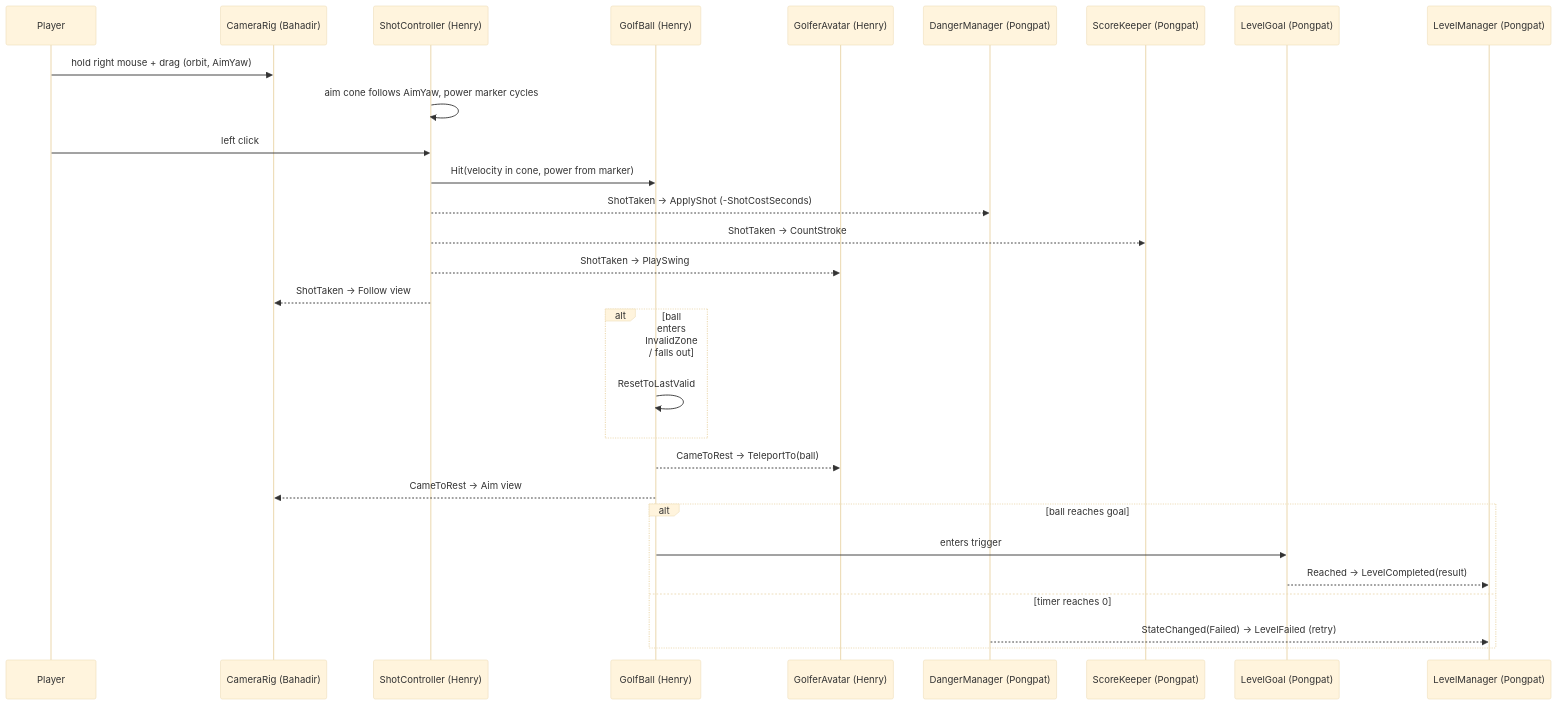
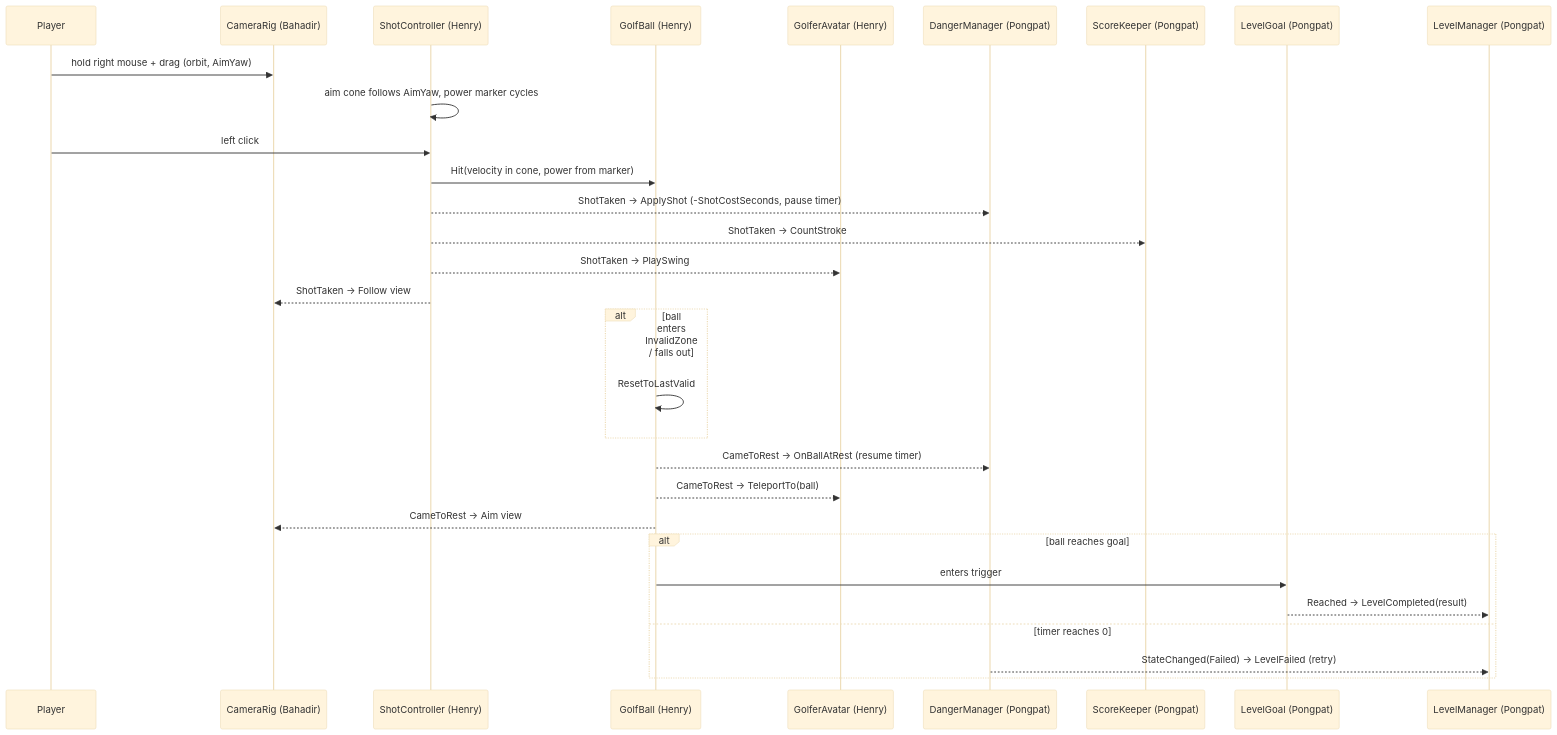
Before and after one commit to hwupu/115A-535652-3DGP-Final: the diagram in docs/architecture.md, drawn with Mermaid (base theme). The commit also changed other lines of this file and 5 other files, not shown here.

Commit message:
docs: onboarding + prompts in README, team workflow in CLAUDE.md; timer pause, Mysterious tool (#6)

````diff
--- a/docs/architecture.md
+++ b/docs/architecture.md
@@ -237,31 +239,32 @@
 ```mermaid
 sequenceDiagram
     participant P as Player
     participant C as CameraRig (Bahadir)
     participant S as ShotController (Henry)
     participant B as GolfBall (Henry)
     participant A as GolferAvatar (Henry)
     participant D as DangerManager (Pongpat)
     participant K as ScoreKeeper (Pongpat)
     participant G as LevelGoal (Pongpat)
     participant L as LevelManager (Pongpat)
     P->>C: hold right mouse + drag (orbit, AimYaw)
     S->>S: aim cone follows AimYaw, power marker cycles
     P->>S: left click
     S->>B: Hit(velocity in cone, power from marker)
-    S-->>D: ShotTaken -> ApplyShot (-ShotCostSeconds)
+    S-->>D: ShotTaken -> ApplyShot (-ShotCostSeconds, pause timer)
     S-->>K: ShotTaken -> CountStroke
     S-->>A: ShotTaken -> PlaySwing
     S-->>C: ShotTaken -> Follow view
     alt ball enters InvalidZone / falls out
         B->>B: ResetToLastValid
     end
+    B-->>D: CameToRest -> OnBallAtRest (resume timer)
     B-->>A: CameToRest -> TeleportTo(ball)
     B-->>C: CameToRest -> Aim view
     alt ball reaches goal
         B->>G: enters trigger
         G-->>L: Reached -> LevelCompleted(result)
     else timer reaches 0
         D-->>L: StateChanged(Failed) -> LevelFailed (retry)
     end
 ```
````
